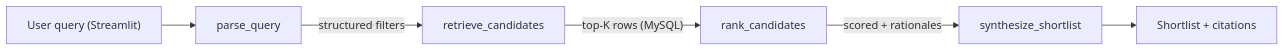
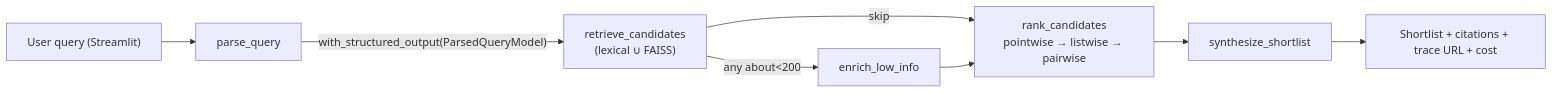
One commit to tafokints/langraph_ranker_sample changed the diagram in README.md. Above: the diagram before and after it, drawn with Mermaid. The commit also changed other lines of this file and 3 other files, not shown here.

First line of the commit message:
Add structured rank pipeline, Streamlit polish, and reframed README

````diff
--- a/README.md
+++ b/README.md
@@ -25,8 +82,10 @@
 ```mermaid
 flowchart LR
     userQuery["User query (Streamlit)"] --> parseQuery[parse_query]
-    parseQuery -->|"structured filters"| retrieveCandidates[retrieve_candidates]
-    retrieveCandidates -->|"top-K rows (MySQL)"| rankCandidates[rank_candidates]
-    rankCandidates -->|"scored + rationales"| synthesizeShortlist[synthesize_shortlist]
-    synthesizeShortlist --> uiResult["Shortlist + citations"]
+    parseQuery -->|"with_structured_output(ParsedQueryModel)"| retrieveCandidates["retrieve_candidates<br/>(lexical ∪ FAISS)"]
+    retrieveCandidates -->|"any about<200"| enrichLowInfo[enrich_low_info]
+    retrieveCandidates -->|"skip"| rankCandidates["rank_candidates<br/>pointwise → listwise → pairwise"]
+    enrichLowInfo --> rankCandidates
+    rankCandidates --> synthesizeShortlist[synthesize_shortlist]
+    synthesizeShortlist --> uiResult["Shortlist + citations + trace URL + cost"]
 ```
````
